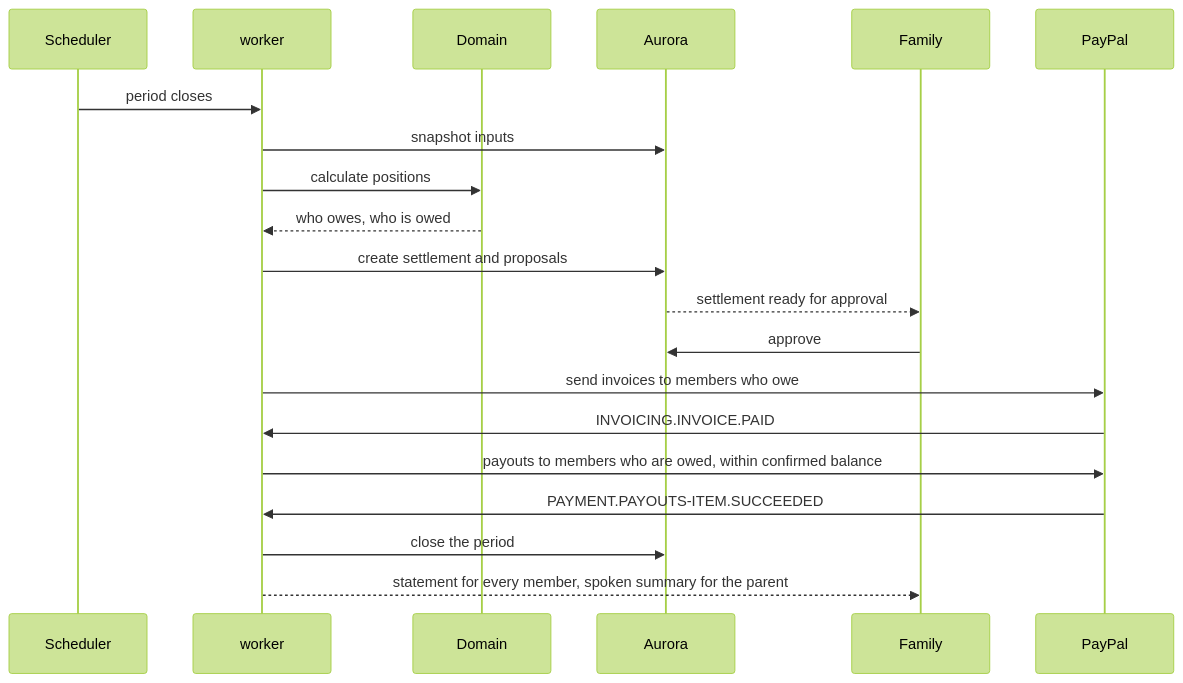
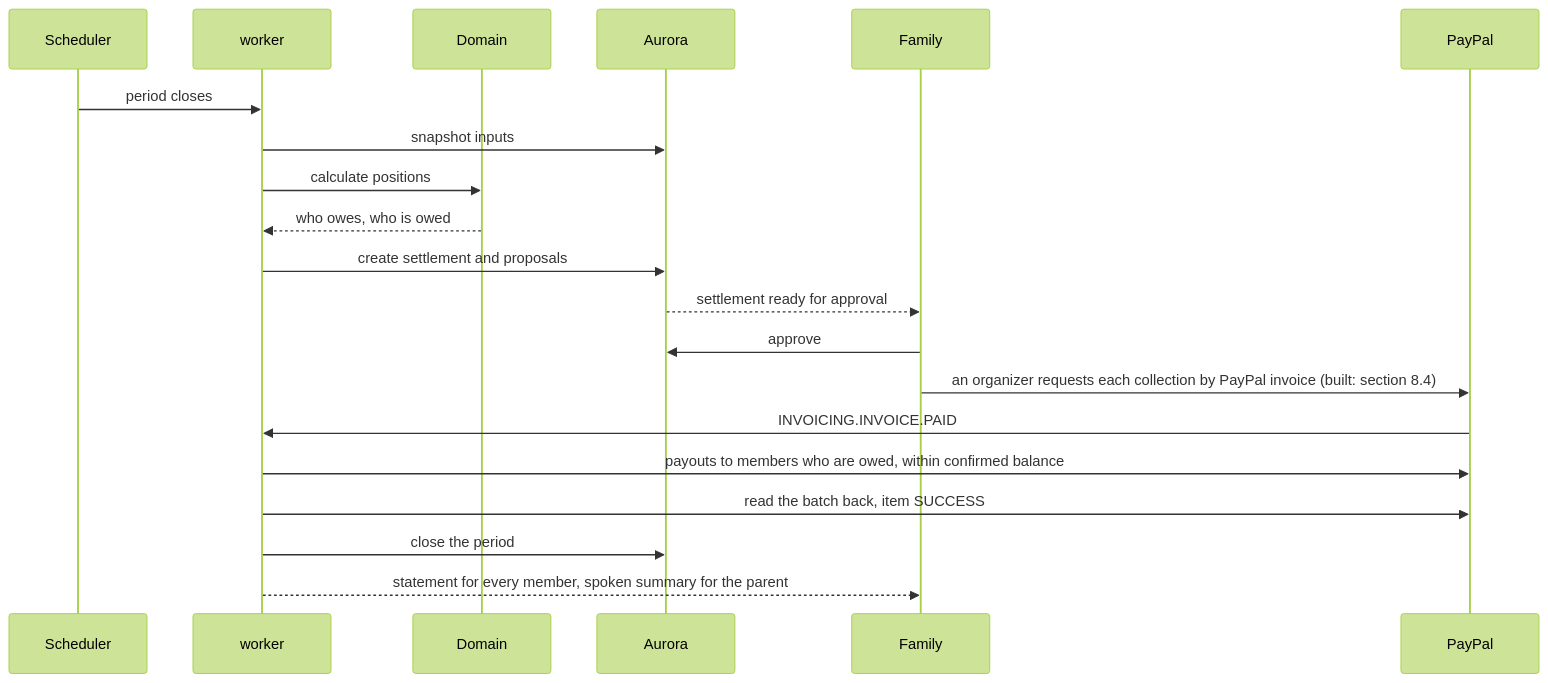
Diagram 19 of 20 in docs/architecture.md (rogerjeasy/kin), drawn with Mermaid (forest theme) before and after one commit. The commit also changed other lines of this file and 6 other files, not shown here.

````diff
--- a/docs/architecture.md
+++ b/docs/architecture.md
@@ -1086,23 +1114,23 @@
 ```mermaid
 sequenceDiagram
     participant S as Scheduler
     participant WK as worker
     participant DM as Domain
     participant DB as Aurora
     participant F as Family
     participant PP as PayPal
 
     S->>WK: period closes
     WK->>DB: snapshot inputs
     WK->>DM: calculate positions
     DM-->>WK: who owes, who is owed
     WK->>DB: create settlement and proposals
     DB-->>F: settlement ready for approval
     F->>DB: approve
-    WK->>PP: send invoices to members who owe
+    F->>PP: an organizer requests each collection by PayPal invoice (built: section 8.4)
     PP->>WK: INVOICING.INVOICE.PAID
     WK->>PP: payouts to members who are owed, within confirmed balance
-    PP->>WK: PAYMENT.PAYOUTS-ITEM.SUCCEEDED
+    WK->>PP: read the batch back, item SUCCESS
     WK->>DB: close the period
     WK-->>F: statement for every member, spoken summary for the parent
 ```
````
